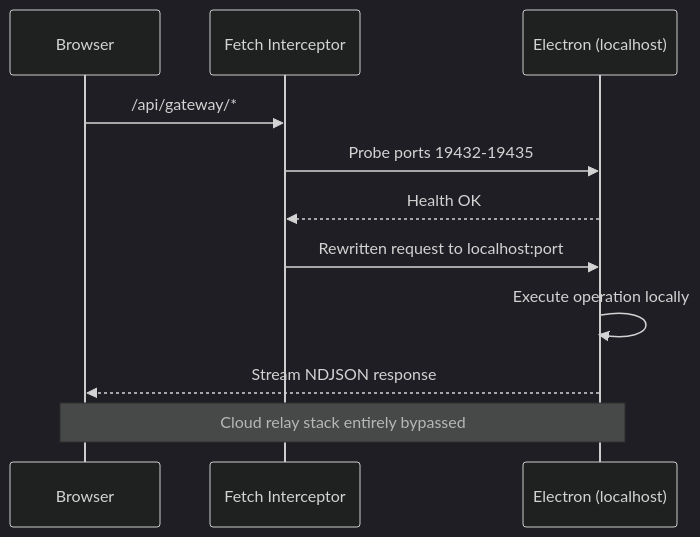
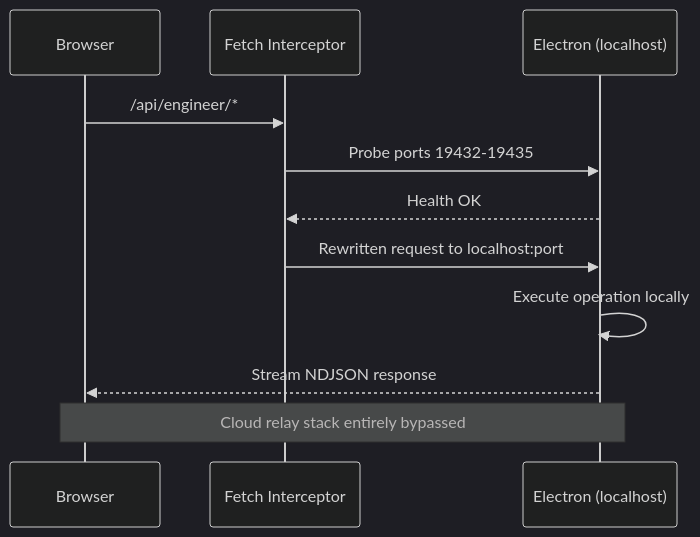
One commit to closedloop-ai/closedloop-ai changed the third of 6 diagrams in docs/artifacts/relay-architecture.md. Above: the diagram before and after it, drawn with Mermaid (dark theme). The commit also changed other lines of this file and 1074 other files, not shown here.

````diff
--- a/docs/artifacts/relay-architecture.md
+++ b/docs/artifacts/relay-architecture.md
@@ -119,14 +119,14 @@
 ```mermaid
 sequenceDiagram
     participant B as Browser
     participant I as Fetch Interceptor
     participant E as Electron (localhost)
 
-    B->>I: /api/gateway/*
+    B->>I: /api/engineer/*
     I->>E: Probe ports 19432-19435
     E-->>I: Health OK
     I->>E: Rewritten request to localhost:port
     E->>E: Execute operation locally
     E-->>B: Stream NDJSON response
     Note over B,E: Cloud relay stack entirely bypassed
 ```
````
